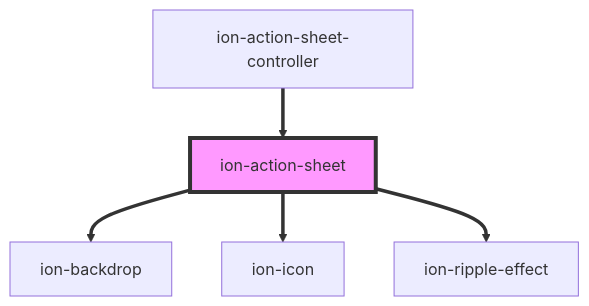
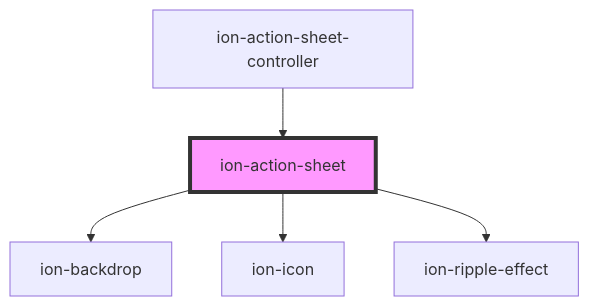
The diagram in core/src/components/action-sheet/readme.md (ionic-team/ionic-framework), drawn with Mermaid before and after one commit. The commit also changed other lines of this file and 39 other files, not shown here.

````diff
--- a/core/src/components/action-sheet/readme.md
+++ b/core/src/components/action-sheet/readme.md
@@ -348,8 +348,8 @@
 ```mermaid
 graph TD;
-  ion-action-sheet ==> ion-backdrop
-  ion-action-sheet ==> ion-icon
-  ion-action-sheet ==> ion-ripple-effect
-  ion-action-sheet-controller ==> ion-action-sheet
+  ion-action-sheet --> ion-backdrop
+  ion-action-sheet --> ion-icon
+  ion-action-sheet --> ion-ripple-effect
+  ion-action-sheet-controller --> ion-action-sheet
   style ion-action-sheet fill:#f9f,stroke:#333,stroke-width:4px
 ```
````
